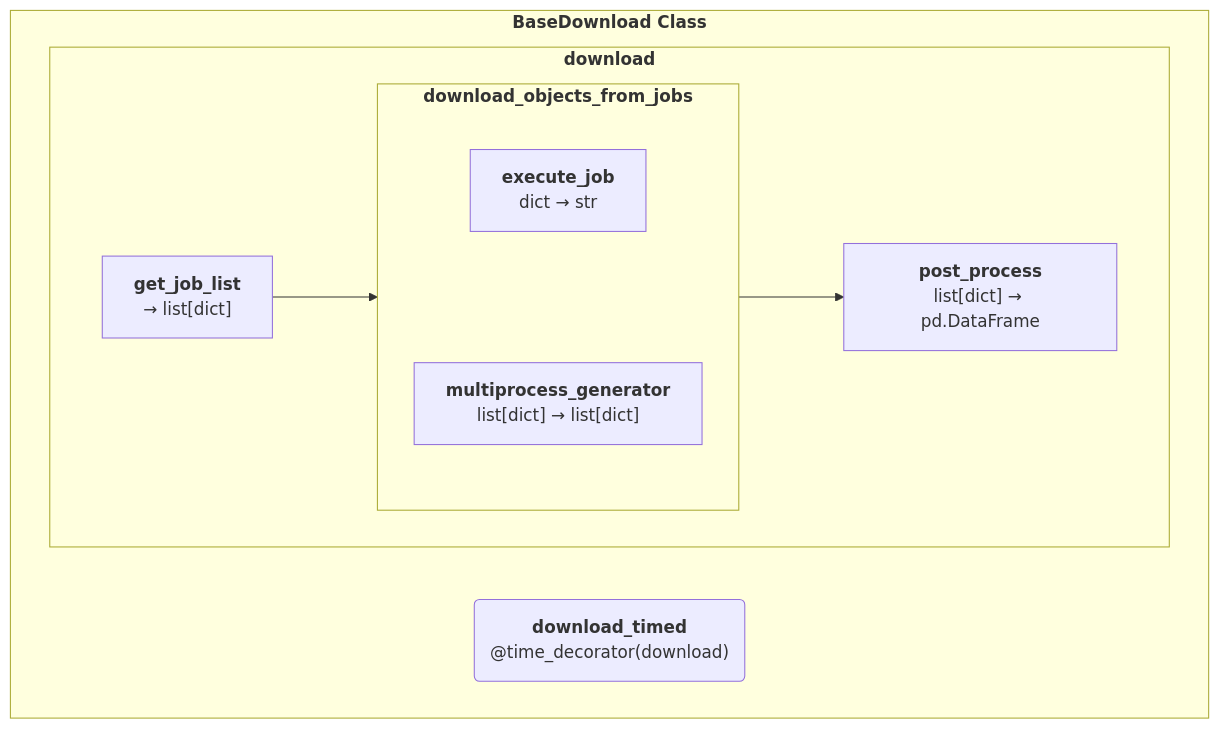
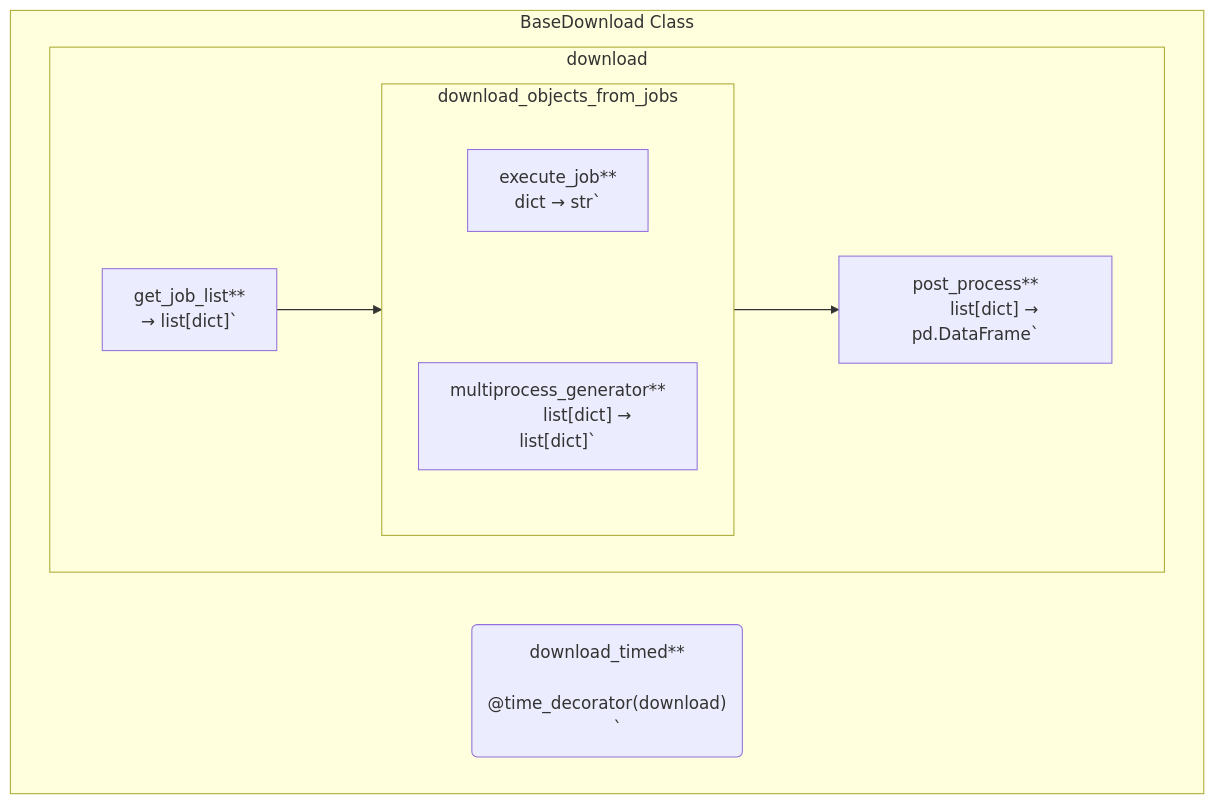
Before and after one commit to gwatkinson/jump_download: the first of 3 diagrams in README.md, drawn with Mermaid. The commit also changed other lines of this file, not shown here.

Commit message:
Fix mermaid flow chart

````diff
--- a/README.md
+++ b/README.md
@@ -180,32 +181,32 @@
 ```mermaid
 flowchart TD
-subgraph "`**BaseDownload Class**`"
+subgraph "BaseDownload Class"
     direction LR
 
 
-    subgraph "`**download**`"
+    subgraph "download"
         direction LR
-        a["`**get_job_list**
+        a["get_job_list**
         #8594; list[dict]`"]
 
-        c["`**post_process**
+        c["post_process**
         list[dict] #8594; pd.DataFrame`"]
 
-        subgraph b["`**download_objects_from_jobs**`"]
+        subgraph b["download_objects_from_jobs"]
             direction TB
-            ba["`**multiprocess_generator**
+            ba["multiprocess_generator**
             list[dict] #8594; list[dict]`"]
-            bb["`**execute_job**
+            bb["execute_job**
             dict #8594; str`"]
             bb ~~~ ba
         end
 
         a --> b --> c
     end
 
-    d("`**download_timed**
+    d("download_timed**
     @time_decorator(download)
     `")
 
 end
 ```
````
